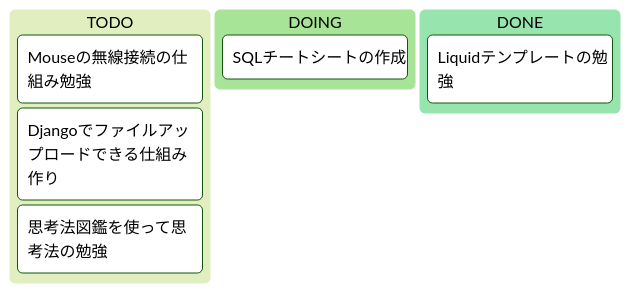
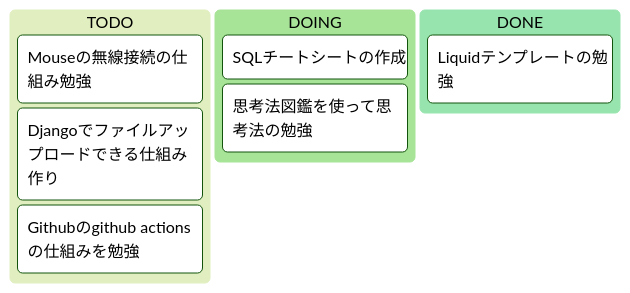
One commit to ddiddws2/ddiddws2.github.io changed the diagram in _posts/2025-10-05-taskboard.md. Above: the diagram before and after it, drawn with Mermaid. The commit also changed 2 other files, not shown here.

Commit message:
gcc page created

````diff
--- a/_posts/2025-10-05-taskboard.md
+++ b/_posts/2025-10-05-taskboard.md
@@ -14,12 +14,13 @@
 ```mermaid
 %%{init: {'theme':'forest'}}%%
 kanban
   column1[TODO]
     task2[Mouseの無線接続の仕組み勉強]
     task3[Djangoでファイルアップロードできる仕組み作り]
-    task4[思考法図鑑を使って思考法の勉強]
+    task5[Githubのgithub actionsの仕組みを勉強]
   column2[DOING]
     task1[SQLチートシートの作成]
+    task4[思考法図鑑を使って思考法の勉強]
   column3[DONE]
     task4[Liquidテンプレートの勉強]
 ```
````
